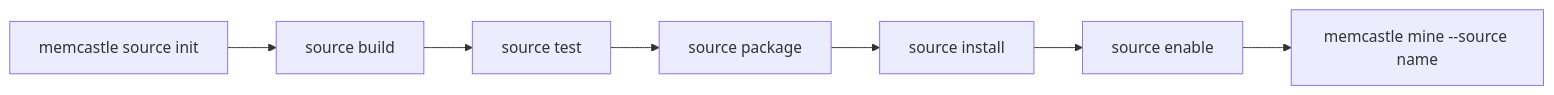
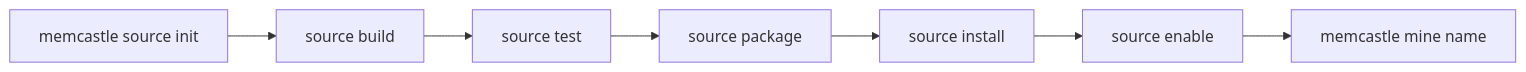
One commit to noirbizarre/memcastle changed the first of 2 diagrams in docs/writing-sources.md. Above: the diagram before and after it, drawn with Mermaid. The commit also changed other lines of this file and 79 other files, not shown here.

Commit message:
feat(mining)!: mine <source> [place] [key=value]... with per-source options (#230)

````diff
--- a/docs/writing-sources.md
+++ b/docs/writing-sources.md
@@ -14,5 +14,5 @@
 ```mermaid
 flowchart LR
     I["memcastle source init"] --> B["source build"] --> T["source test"] --> P["source package"] --> N["source install"]
-    N --> E["source enable"] --> M["memcastle mine --source name"]
+    N --> E["source enable"] --> M["memcastle mine name"]
 ```
````
